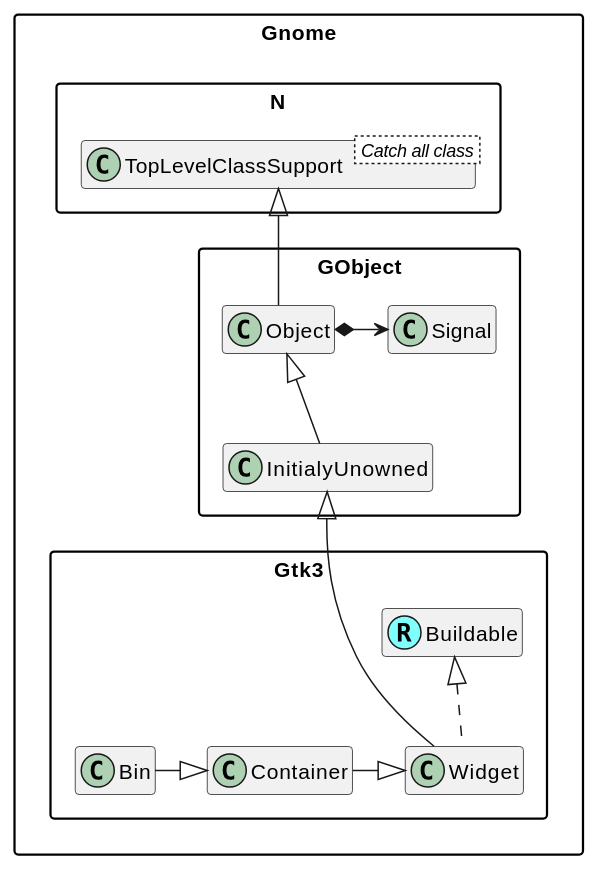
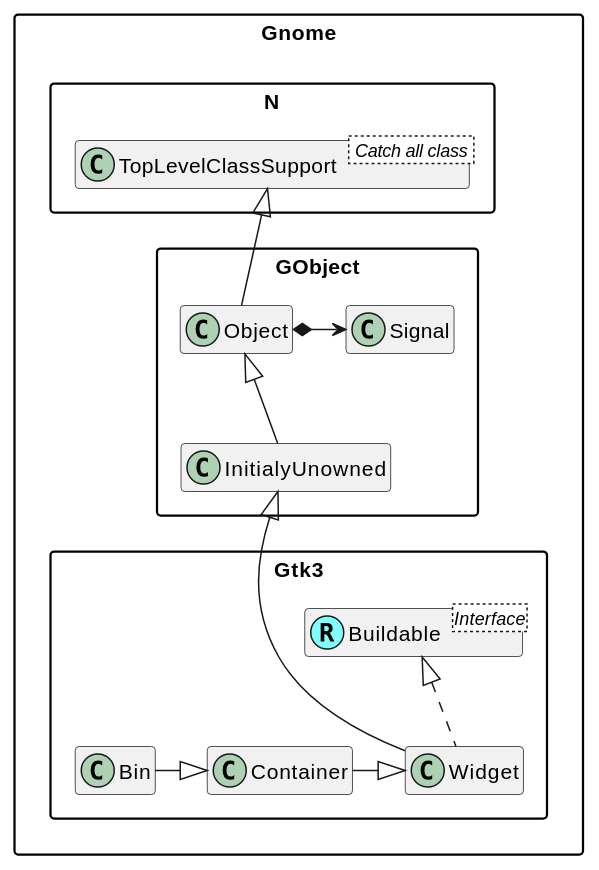
Before and after one commit to MARTIMM/gnome-gtk3: the diagram in doc/plantuml/Bin.md, drawn with PlantUML. The commit also changed 13 other files, not shown here.

Commit message:
change color and interface representation in uml

````diff
--- a/doc/plantuml/Bin.md
+++ b/doc/plantuml/Bin.md
@@ -1,58 +1,59 @@
 ```plantuml
 @startuml
 'scale 0.9
 skinparam packageStyle rectangle
 skinparam stereotypeCBackgroundColor #80ffff
 set namespaceSeparator ::
 hide members
 
+Interface Gnome::Gtk3::Buildable <Interface>
 class Gnome::Gtk3::Buildable <<(R,#80ffff)>>
 
 class Gnome::N::TopLevelClassSupport < Catch all class >
 Gnome::N::TopLevelClassSupport <|-- Gnome::GObject::Object
 
 'class Gnome::GObject::InitialyUnowned
 'class Gnome::GObject::Object
 Gnome::GObject::Object <|-- Gnome::GObject::InitialyUnowned
 Gnome::GObject::Object *-> Gnome::GObject::Signal
 
 Gnome::GObject::InitialyUnowned <|--- Gnome::Gtk3::Widget
 
 class Gnome::Gtk3::Widget implements Gnome::Gtk3::Buildable
 
 'Gnome::Gtk3::Button -|> Gnome::Gtk3::Bin
 Gnome::Gtk3::Bin -|> Gnome::Gtk3::Container
 Gnome::Gtk3::Container -|> Gnome::Gtk3::Widget
 
 
 
 'Interface Gnome::Gtk3::Actionable <Interface>
 'Gnome::Gtk3::Actionable <|-- Gnome::Gtk3::Button
 'class Gnome::Gtk3::Button implements Gnome::Gtk3::Actionable
 
 'Interface Gnome::Gtk3::Orientable <Interface>
 'Gnome::Gtk3::Orientable <|-- Gnome::Gtk3::ScaleButton
 
 'Interface Gnome::Gtk3::ColorChooser <Interface>
 'Gnome::Gtk3::ColorChooser <|-- Gnome::Gtk3::ColorButton
 
 'Interface Gnome::Gtk3::FontChooser <Interface>
 'Gnome::Gtk3::FontChooser <|-- Gnome::Gtk3::FontButton
 
 'Gnome::GObject <--[hidden]- Gnome::Gtk3
 
 
 
 'Gnome::Gtk3::Button <|-- Gnome::Gtk3::ToggleButton
 'Gnome::Gtk3::Button <|-- Gnome::Gtk3::ColorButton
 'Gnome::Gtk3::ToggleButton <|-- Gnome::Gtk3::CheckButton
 'Gnome::Gtk3::ToggleButton <|-- Gnome::Gtk3::MenuButton
 'Gnome::Gtk3::CheckButton <|-- Gnome::Gtk3::RadioButton
 'Gnome::Gtk3::Button <|--- Gnome::Gtk3::FontButton
 'Gnome::Gtk3::Button <|-- Gnome::Gtk3::LinkButton
 'Gnome::Gtk3::Button <|-- Gnome::Gtk3::LockButton
 'Gnome::Gtk3::Button <|-- Gnome::Gtk3::ModelButton
 'Gnome::Gtk3::Button <|-- Gnome::Gtk3::ScaleButton
 'Gnome::Gtk3::ScaleButton <|-- Gnome::Gtk3::VolumeButton
 @enduml
 ```
````
